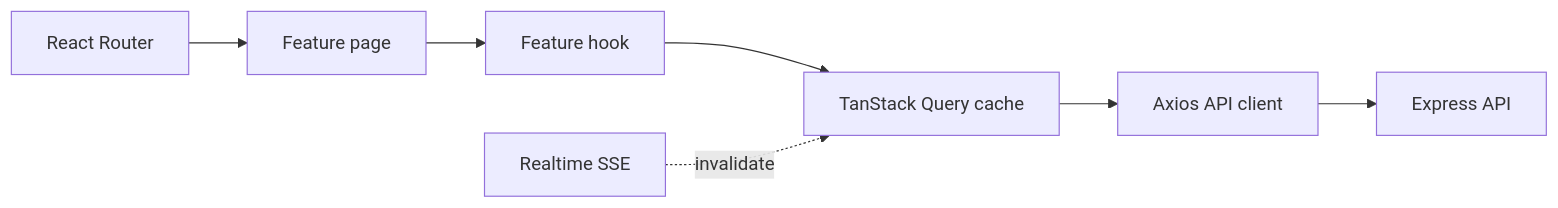
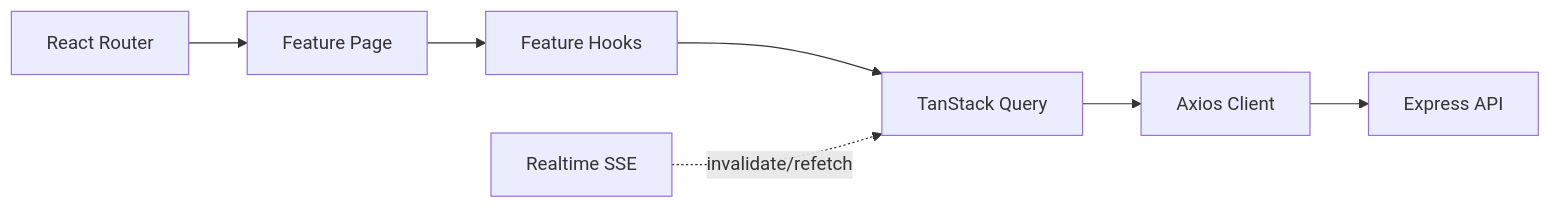
The eighth of 12 diagrams in README.md (bahaayoussof/crm), drawn with Mermaid before and after one commit. The commit also changed other lines of this file, not shown here.

````diff
--- a/README.md
+++ b/README.md
@@ -218,17 +352,17 @@
 ```mermaid
 flowchart LR
-    Route["React Router"]
-    Page["Feature page"]
-    Hook["Feature hook"]
-    Query["TanStack Query cache"]
-    Axios["Axios API client"]
+    Router["React Router"]
+    Page["Feature Page"]
+    Hooks["Feature Hooks"]
+    Query["TanStack Query"]
+    APIClient["Axios Client"]
     API["Express API"]
     SSE["Realtime SSE"]
 
-    Route --> Page
-    Page --> Hook
-    Hook --> Query
-    Query --> Axios
-    Axios --> API
-    SSE -. invalidate .-> Query
+    Router --> Page
+    Page --> Hooks
+    Hooks --> Query
+    Query --> APIClient
+    APIClient --> API
+    SSE -. invalidate/refetch .-> Query
 ```
````
